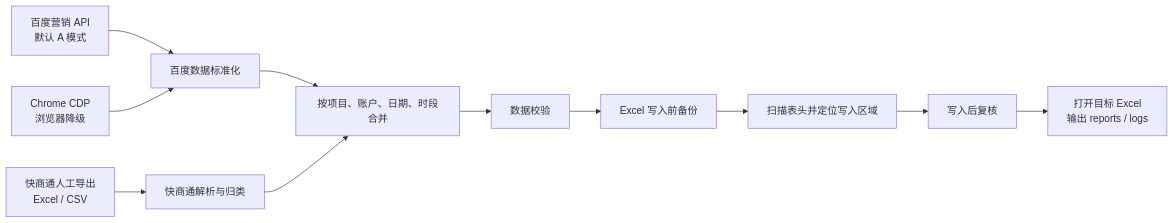
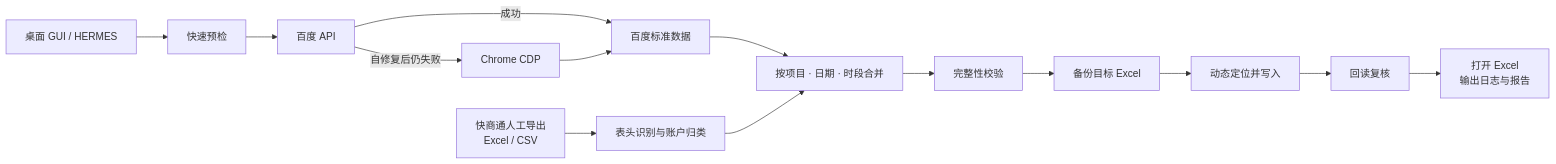
Before and after one commit to 179068898-dotcom/Hourlyreport-Automation: the first of 2 diagrams in README.md, drawn with Mermaid. The commit also changed other lines of this file and 23 other files, not shown here.

````diff
--- a/README.md
+++ b/README.md
@@ -53,13 +91,16 @@
 ```mermaid
 flowchart LR
-    A["百度营销 API<br/>默认 A 模式"] --> C["百度数据标准化"]
-    B["Chrome CDP<br/>浏览器降级"] --> C
-    K["快商通人工导出<br/>Excel / CSV"] --> P["快商通解析与归类"]
-    C --> M["按项目、账户、日期、时段合并"]
-    P --> M
-    M --> V["数据校验"]
-    V --> W["Excel 写入前备份"]
-    W --> X["扫描表头并定位写入区域"]
-    X --> R["写入后复核"]
-    R --> O["打开目标 Excel<br/>输出 reports / logs"]
+    UI["桌面 GUI / HERMES"] --> PF["快速预检"]
+    PF --> API["百度 API"]
+    API -->|"成功"| BD["百度标准数据"]
+    API -->|"自修复后仍失败"| CH["Chrome CDP"]
+    CH --> BD
+    KST["快商通人工导出<br/>Excel / CSV"] --> KP["表头识别与账户归类"]
+    BD --> M["按项目 · 日期 · 时段合并"]
+    KP --> M
+    M --> V["完整性校验"]
+    V --> BK["备份目标 Excel"]
+    BK --> W["动态定位并写入"]
+    W --> RV["回读复核"]
+    RV --> OUT["打开 Excel<br/>输出日志与报告"]
 ```
````
